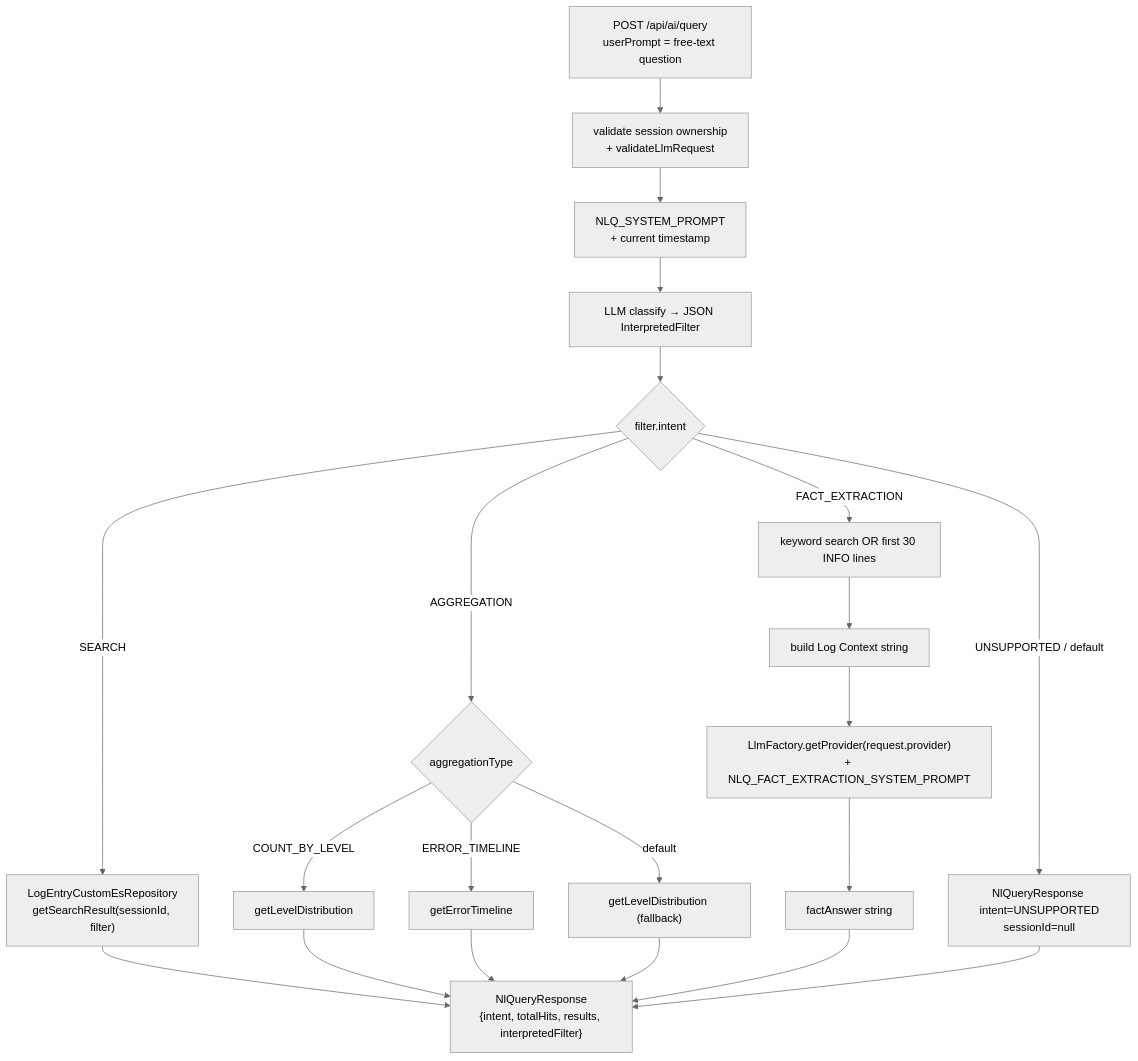
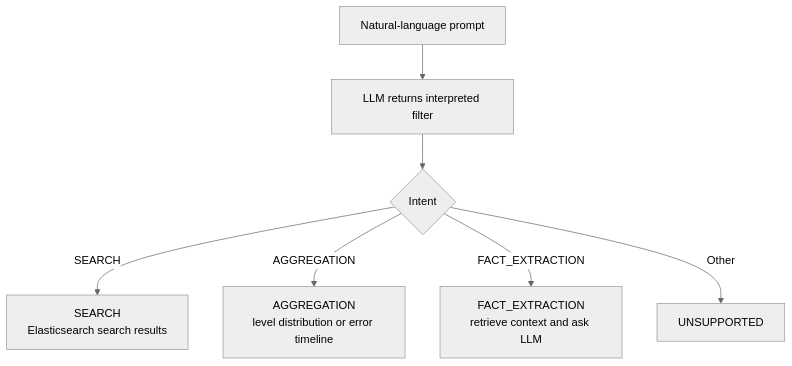
The fifth of 5 diagrams in README.md (Ashutosh730/parser), drawn with Mermaid (neutral theme) before and after one commit. The commit also changed other lines of this file and 1 other file, not shown here.

Commit message:
docs: add README for Log Analyzer project with detailed features and architecture

````diff
--- a/README.md
+++ b/README.md
@@ -601,27 +210,16 @@
 ```mermaid
 flowchart TD
-    Q["POST /api/ai/query<br/>userPrompt = free-text question"] --> V["validate session ownership<br/>+ validateLlmRequest"]
-    V --> P["NLQ_SYSTEM_PROMPT<br/>+ current timestamp"]
-    P --> L["LLM classify → JSON InterpretedFilter"]
-    L --> D{"filter.intent"}
+    Prompt["Natural-language prompt"]
+    Interpret["LLM returns interpreted filter"]
+    Intent{"Intent"}
+    Search["SEARCH<br/>Elasticsearch search results"]
+    Aggregate["AGGREGATION<br/>level distribution or error timeline"]
+    Facts["FACT_EXTRACTION<br/>retrieve context and ask LLM"]
+    Unsupported["UNSUPPORTED"]
 
-    D -->|SEARCH| S1["LogEntryCustomEsRepository<br/>getSearchResult(sessionId, filter)"]
-    D -->|AGGREGATION| A1{"aggregationType"}
-    D -->|FACT_EXTRACTION| F1["keyword search OR first 30 INFO lines"]
-    D -->|UNSUPPORTED / default| U1["NlQueryResponse intent=UNSUPPORTED<br/>sessionId=null"]
-
-    A1 -->|COUNT_BY_LEVEL| A2["getLevelDistribution"]
-    A1 -->|ERROR_TIMELINE| A3["getErrorTimeline"]
-    A1 -->|default| A2b["getLevelDistribution (fallback)"]
-
-    F1 --> F2["build Log Context string"]
-    F2 --> F3["LlmFactory.getProvider(request.provider)<br/>+ NLQ_FACT_EXTRACTION_SYSTEM_PROMPT"]
-    F3 --> F4["factAnswer string"]
-
-    S1 --> R["NlQueryResponse<br/>{intent, totalHits, results, interpretedFilter}"]
-    A2 --> R
-    A3 --> R
-    A2b --> R
-    F4 --> R
-    U1 --> R
+    Prompt --> Interpret --> Intent
+    Intent -->|SEARCH| Search
+    Intent -->|AGGREGATION| Aggregate
+    Intent -->|FACT_EXTRACTION| Facts
+    Intent -->|Other| Unsupported
 ```
````
